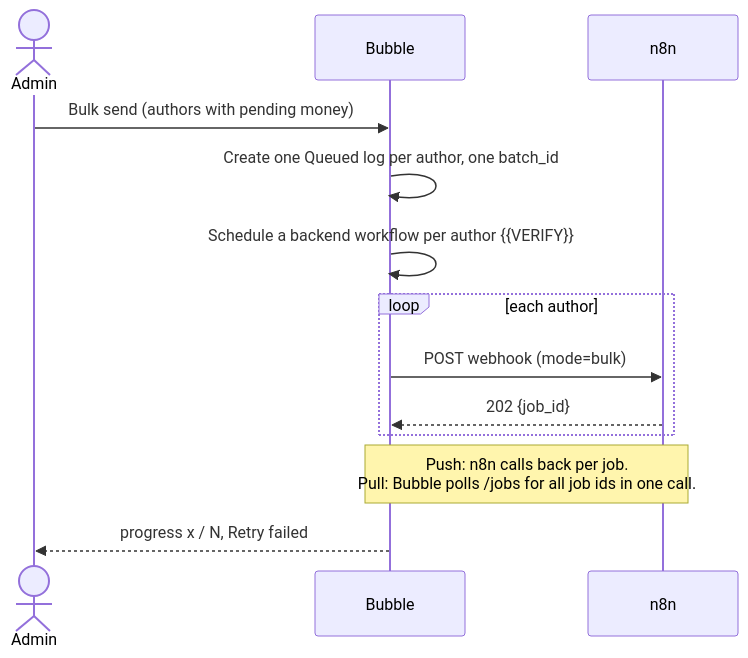
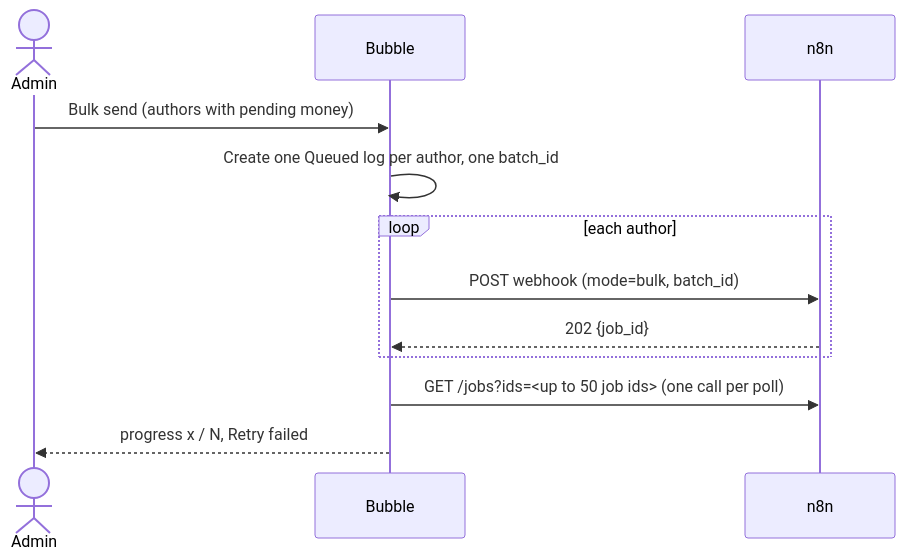
The third of 3 diagrams in docs/integration.md (akshykmratloop/bookleaf-royalty-automation), drawn with Mermaid before and after one commit. The commit also changed other lines of this file and 15 other files, not shown here.

````diff
--- a/docs/integration.md
+++ b/docs/integration.md
@@ -89,15 +72,14 @@
 ```mermaid
 sequenceDiagram
   actor Admin
   participant Bub as Bubble
   participant N8 as n8n
   Admin->>Bub: Bulk send (authors with pending money)
   Bub->>Bub: Create one Queued log per author, one batch_id
-  Bub->>Bub: Schedule a backend workflow per author {{VERIFY}}
   loop each author
-    Bub->>N8: POST webhook (mode=bulk)
+    Bub->>N8: POST webhook (mode=bulk, batch_id)
     N8-->>Bub: 202 {job_id}
   end
-  Note over Bub,N8: Push: n8n calls back per job.<br/>Pull: Bubble polls /jobs for all job ids in one call.
+  Bub->>N8: GET /jobs?ids=<up to 50 job ids> (one call per poll)
   Bub-->>Admin: progress x / N, Retry failed
 ```
````
